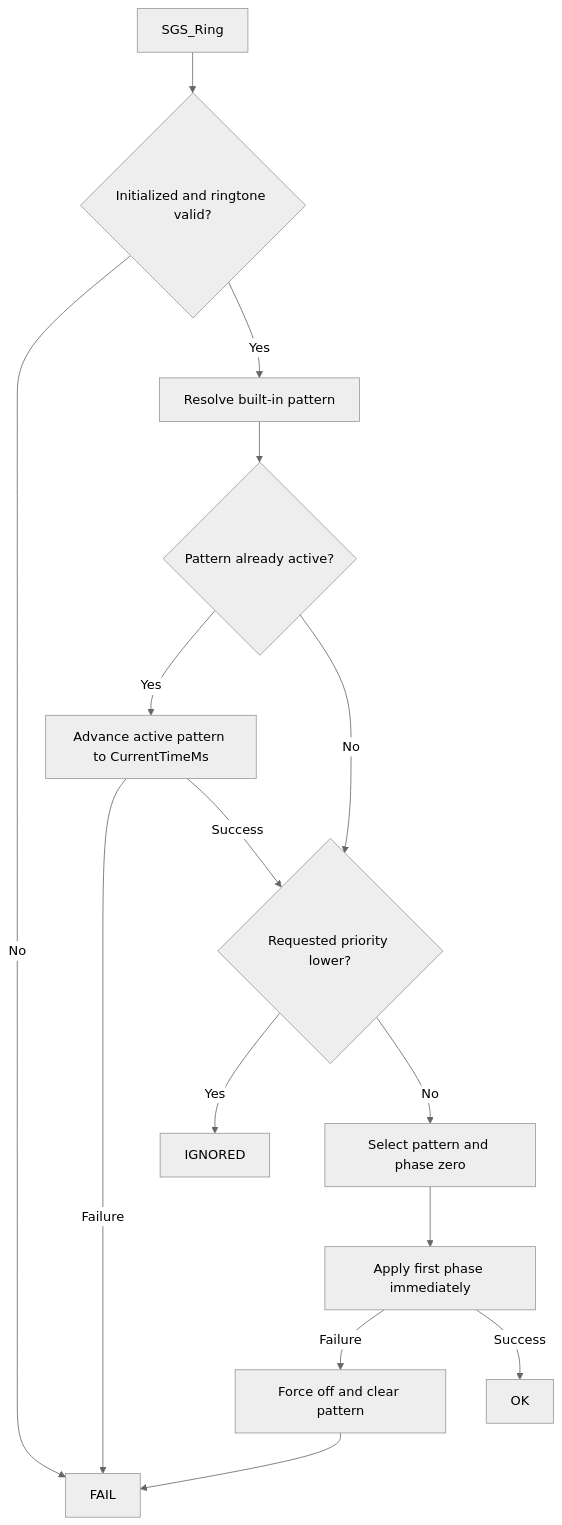
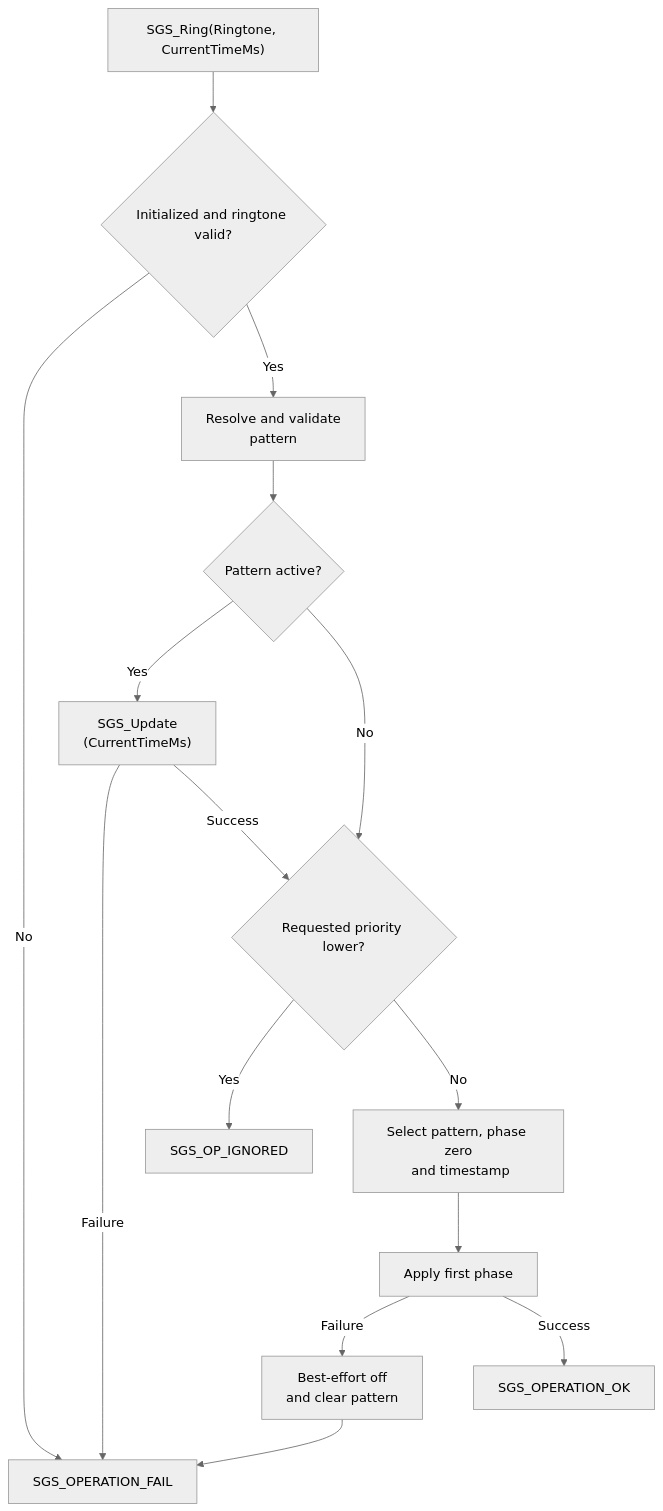
Before and after one commit to JP-REY/STM32F103C8T6-Based-Electronic-Lock: the third of 4 diagrams in Libs/Services/Sound_Generator/README.md, drawn with Mermaid (neutral theme). The commit also changed other lines of this file and 2 other files, not shown here.

````diff
--- a/Libs/Services/Sound_Generator/README.md
+++ b/Libs/Services/Sound_Generator/README.md
@@ -744,17 +734,17 @@
 ```mermaid
 flowchart TD
-    REQUEST["SGS_Ring"] --> VALIDATE{"Initialized and ringtone valid?"}
-    VALIDATE -->|"No"| FAIL["FAIL"]
-    VALIDATE -->|"Yes"| MAP["Resolve built-in pattern"]
-    MAP --> SYNC{"Pattern already active?"}
-    SYNC -->|"Yes"| UPDATE["Advance active pattern to CurrentTimeMs"]
-    SYNC -->|"No"| PRIORITY
+    CALL["SGS_Ring(Ringtone, CurrentTimeMs)"] --> VALID{"Initialized and ringtone valid?"}
+    VALID -->|"No"| FAIL["SGS_OPERATION_FAIL"]
+    VALID -->|"Yes"| MAP["Resolve and validate<br/> pattern"]
+    MAP --> ACTIVE{"Pattern active?"}
+    ACTIVE -->|"Yes"| UPDATE["SGS_Update<br/>(CurrentTimeMs)"]
+    ACTIVE -->|"No"| PRIORITY
     UPDATE -->|"Failure"| FAIL
     UPDATE -->|"Success"| PRIORITY{"Requested priority lower?"}
-    PRIORITY -->|"Yes"| IGNORED["IGNORED"]
-    PRIORITY -->|"No"| SELECT["Select pattern and phase zero"]
-    SELECT --> APPLY["Apply first phase immediately"]
-    APPLY -->|"Failure"| ABORT["Force off and clear pattern"]
+    PRIORITY -->|"Yes"| IGNORED["SGS_OP_IGNORED"]
+    PRIORITY -->|"No"| SELECT["Select pattern, phase zero<br/> and timestamp"]
+    SELECT --> APPLY["Apply first phase"]
+    APPLY -->|"Failure"| ABORT["Best-effort off<br/> and clear pattern"]
     ABORT --> FAIL
-    APPLY -->|"Success"| OK["OK"]
+    APPLY -->|"Success"| OK["SGS_OPERATION_OK"]
 ```
````
